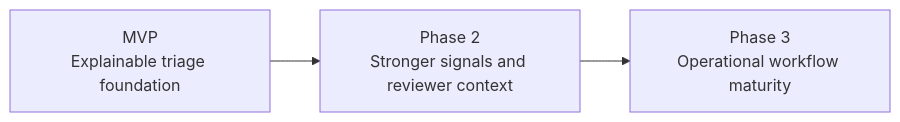
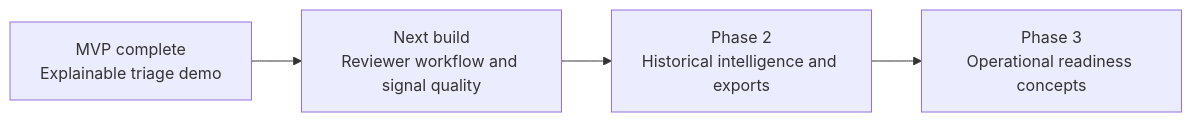
One commit to andyombogo/claimguard-health-risk-engine changed the first of 2 diagrams in ROADMAP.md. Above: the diagram before and after it, drawn with Mermaid. The commit also changed other lines of this file and 23 other files, not shown here.

Commit message:
Build Streamlit deployment roadmap steps

````diff
--- a/ROADMAP.md
+++ b/ROADMAP.md
@@ -7,8 +22,9 @@
 ```mermaid
 flowchart LR
-    A[MVP<br/>Explainable triage foundation]
-    B[Phase 2<br/>Stronger signals and reviewer context]
-    C[Phase 3<br/>Operational workflow maturity]
+    A[MVP complete<br/>Explainable triage demo]
+    B[Next build<br/>Reviewer workflow and signal quality]
+    C[Phase 2<br/>Historical intelligence and exports]
+    D[Phase 3<br/>Operational readiness concepts]
 
-    A --> B --> C
+    A --> B --> C --> D
 ```
````
